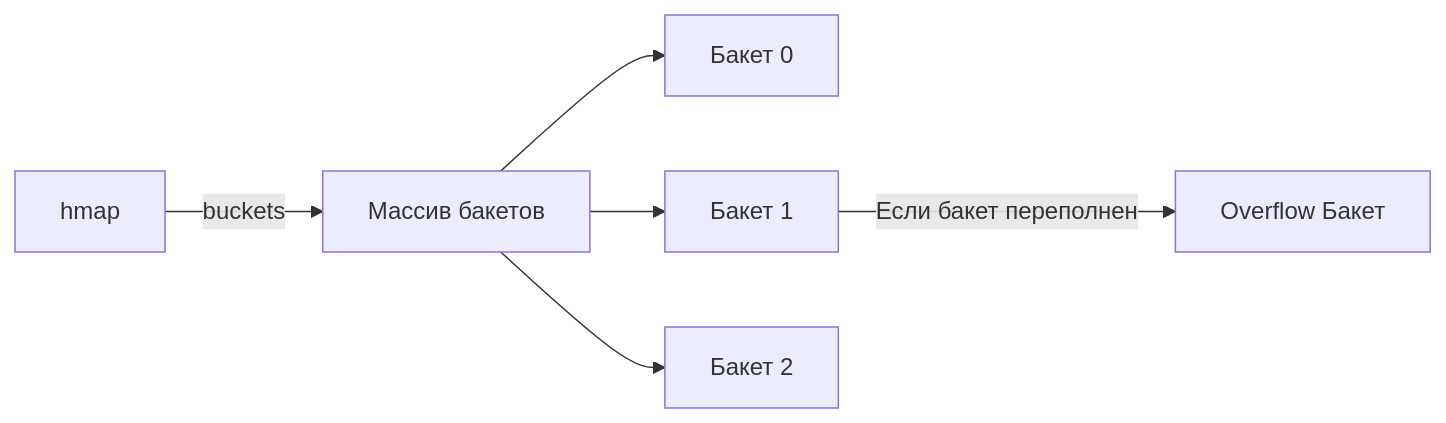
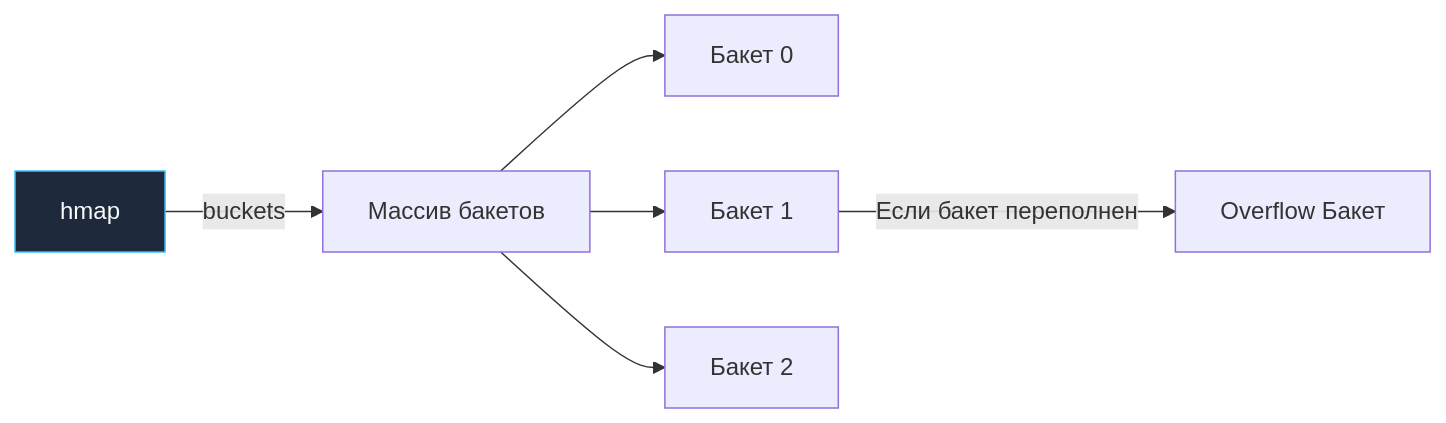
Before and after one commit to UnrealTemplier/go-textbook: the first of 2 diagrams in sources/5. Учебник по Go (Основы и синтаксис)/19. Map под капотом. hmap, buckets и рост.md, drawn with Mermaid. The commit also changed other lines of this file and 1666 other files, not shown here.

First line of the commit message:
feat(mermaid): add semantic color classDef to 1369 colorless flowchart/graph diagrams

````diff
--- a/sources/5. Учебник по Go (Основы и синтаксис)/19. Map под капотом. hmap, buckets и рост.md
+++ b/sources/5. Учебник по Go (Основы и синтаксис)/19. Map под капотом. hmap, buckets и рост.md
@@ -45,9 +45,19 @@
 ```mermaid
 flowchart LR
-    HMAP["hmap"] -->|buckets| BArray["Массив бакетов"]
+    classDef process  fill:#1e293b,stroke:#38bdf8,stroke-width:1px,color:#f8fafc
+    classDef success  fill:#064e3b,stroke:#34d399,stroke-width:1px,color:#f8fafc
+    classDef error    fill:#7f1d1d,stroke:#f87171,stroke-width:1px,color:#f8fafc
+    classDef warning  fill:#78350f,stroke:#fbbf24,stroke-width:1px,color:#f8fafc
+    classDef entry    fill:#1e3a5f,stroke:#38bdf8,stroke-width:2px,color:#f8fafc
+    classDef aux      fill:#334155,stroke:#64748b,stroke-width:1px,color:#f8fafc
+    classDef system   fill:#312e81,stroke:#a78bfa,stroke-width:1px,color:#f8fafc
+    classDef data     fill:#132d29,stroke:#2dd4bf,stroke-width:1px,color:#f8fafc
+    classDef network  fill:#881337,stroke:#fb7185,stroke-width:1px,color:#f8fafc
+    classDef accent   fill:#1e1b4b,stroke:#818cf8,stroke-width:1px,color:#f8fafc
+    HMAP["hmap"]:::process -->|buckets| BArray["Массив бакетов"]
     BArray --> B0["Бакет 0"]
     BArray --> B1["Бакет 1"]
     BArray --> B2["Бакет 2"]
     
     B1 -->|Если бакет переполнен| OF["Overflow Бакет"]
 ```
````
